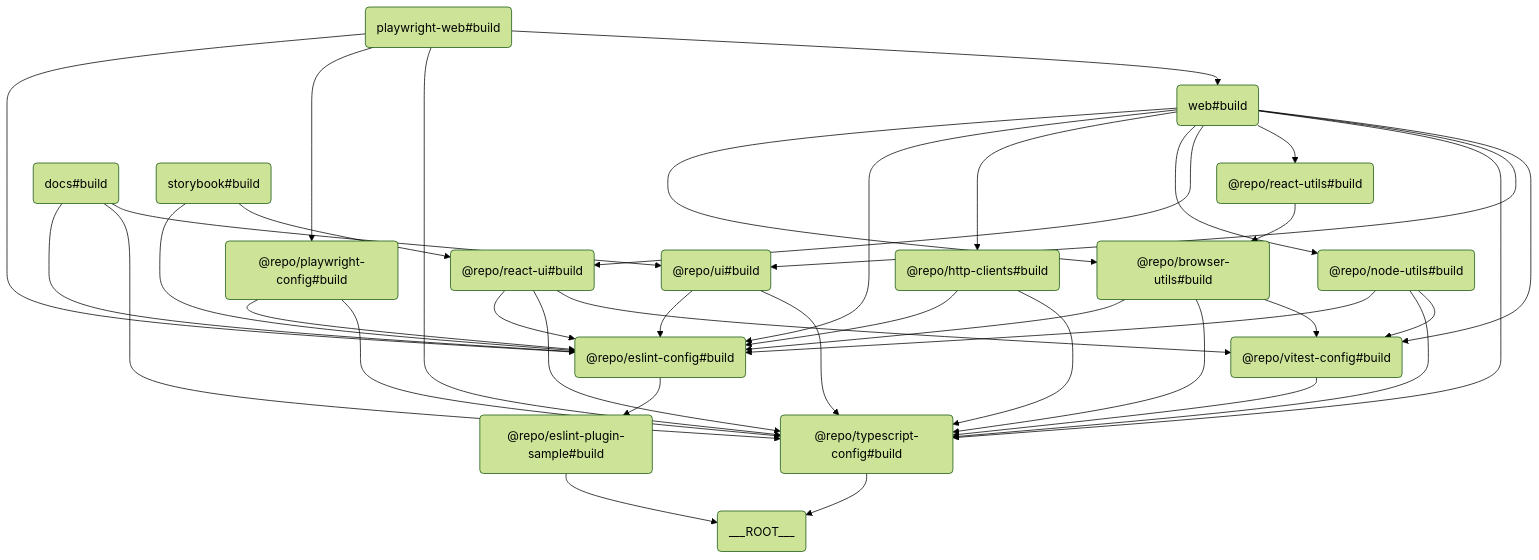
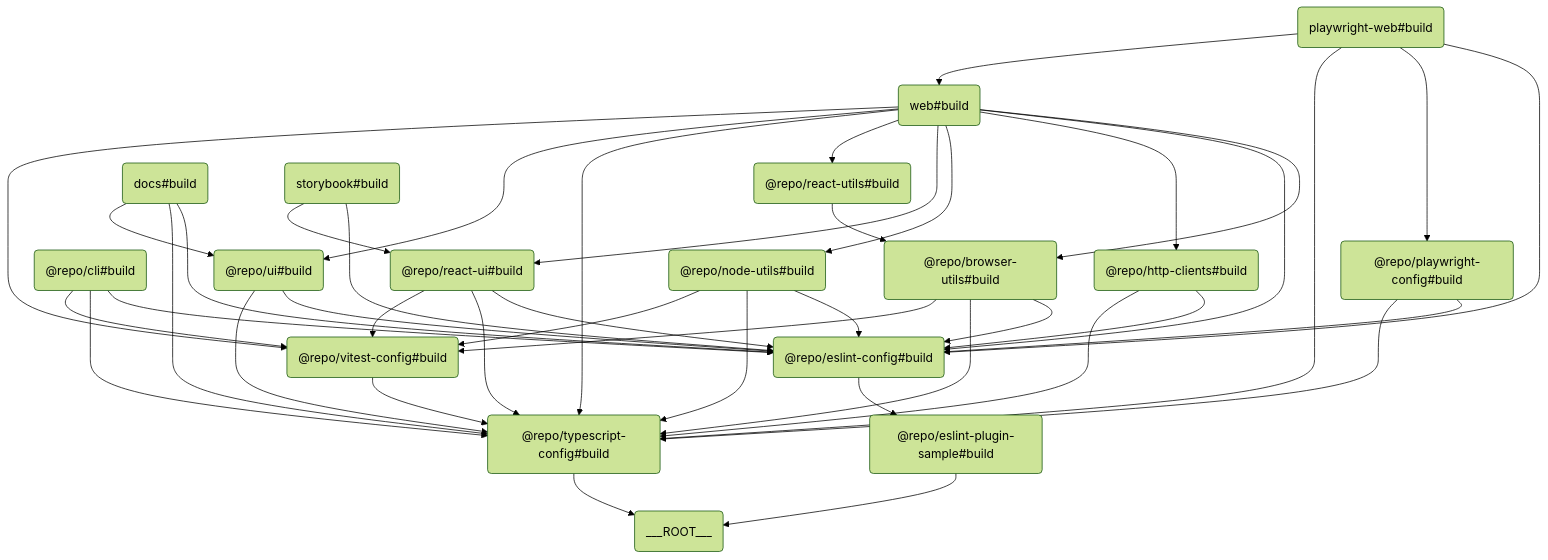
Before and after one commit to iamhoonse-dev/turborepo-template: the diagram in README.md, drawn with Mermaid (forest theme).

Commit message:
docs(readme): 프로젝트 루트 README 에서 구성 요소 간 관계도에 cli 도구 노드 추가

````diff
--- a/README.md
+++ b/README.md
@@ -38,41 +38,44 @@
 ```mermaid
 graph TD
-	QHZT("@repo/browser-utils#build") --> ETTT("@repo/eslint-config#build")
-	QHZT("@repo/browser-utils#build") --> JEGP("@repo/typescript-config#build")
-	QHZT("@repo/browser-utils#build") --> EMLE("@repo/vitest-config#build")
-	ETTT("@repo/eslint-config#build") --> LRHC("@repo/eslint-plugin-sample#build")
-	LRHC("@repo/eslint-plugin-sample#build") --> GLAO("___ROOT___")
-	VELR("@repo/http-clients#build") --> ETTT("@repo/eslint-config#build")
-	VELR("@repo/http-clients#build") --> JEGP("@repo/typescript-config#build")
-	TXWC("@repo/node-utils#build") --> ETTT("@repo/eslint-config#build")
-	TXWC("@repo/node-utils#build") --> JEGP("@repo/typescript-config#build")
-	TXWC("@repo/node-utils#build") --> EMLE("@repo/vitest-config#build")
-	WCIN("@repo/playwright-config#build") --> ETTT("@repo/eslint-config#build")
-	WCIN("@repo/playwright-config#build") --> JEGP("@repo/typescript-config#build")
-	TPBW("@repo/react-ui#build") --> ETTT("@repo/eslint-config#build")
-	TPBW("@repo/react-ui#build") --> JEGP("@repo/typescript-config#build")
-	TPBW("@repo/react-ui#build") --> EMLE("@repo/vitest-config#build")
-	BHWE("@repo/react-utils#build") --> QHZT("@repo/browser-utils#build")
-	JEGP("@repo/typescript-config#build") --> GLAO("___ROOT___")
-	MKNG("@repo/ui#build") --> ETTT("@repo/eslint-config#build")
-	MKNG("@repo/ui#build") --> JEGP("@repo/typescript-config#build")
-	EMLE("@repo/vitest-config#build") --> JEGP("@repo/typescript-config#build")
-	IRKD("docs#build") --> ETTT("@repo/eslint-config#build")
-	IRKD("docs#build") --> JEGP("@repo/typescript-config#build")
-	IRKD("docs#build") --> MKNG("@repo/ui#build")
-	UWBQ("playwright-web#build") --> ETTT("@repo/eslint-config#build")
-	UWBQ("playwright-web#build") --> WCIN("@repo/playwright-config#build")
-	UWBQ("playwright-web#build") --> JEGP("@repo/typescript-config#build")
-	UWBQ("playwright-web#build") --> FBWM("web#build")
-	NRTE("storybook#build") --> ETTT("@repo/eslint-config#build")
-	NRTE("storybook#build") --> TPBW("@repo/react-ui#build")
-	FBWM("web#build") --> QHZT("@repo/browser-utils#build")
-	FBWM("web#build") --> ETTT("@repo/eslint-config#build")
-	FBWM("web#build") --> VELR("@repo/http-clients#build")
-	FBWM("web#build") --> TXWC("@repo/node-utils#build")
-	FBWM("web#build") --> TPBW("@repo/react-ui#build")
-	FBWM("web#build") --> BHWE("@repo/react-utils#build")
-	FBWM("web#build") --> JEGP("@repo/typescript-config#build")
-	FBWM("web#build") --> MKNG("@repo/ui#build")
-	FBWM("web#build") --> EMLE("@repo/vitest-config#build")
+    QHZT("@repo/browser-utils#build") --> ETTT("@repo/eslint-config#build")
+    QHZT("@repo/browser-utils#build") --> JEGP("@repo/typescript-config#build")
+    QHZT("@repo/browser-utils#build") --> EMLE("@repo/vitest-config#build")
+    LRHC("@repo/cli#build") --> ETTT("@repo/eslint-config#build")
+    LRHC("@repo/cli#build") --> JEGP("@repo/typescript-config#build")
+    LRHC("@repo/cli#build") --> EMLE("@repo/vitest-config#build")
+    ETTT("@repo/eslint-config#build") --> GLAO("@repo/eslint-plugin-sample#build")
+    GLAO("@repo/eslint-plugin-sample#build") --> VELR("___ROOT___")
+    TXWC("@repo/http-clients#build") --> ETTT("@repo/eslint-config#build")
+    TXWC("@repo/http-clients#build") --> JEGP("@repo/typescript-config#build")
+    WCIN("@repo/node-utils#build") --> ETTT("@repo/eslint-config#build")
+    WCIN("@repo/node-utils#build") --> JEGP("@repo/typescript-config#build")
+    WCIN("@repo/node-utils#build") --> EMLE("@repo/vitest-config#build")
+    TPBW("@repo/playwright-config#build") --> ETTT("@repo/eslint-config#build")
+    TPBW("@repo/playwright-config#build") --> JEGP("@repo/typescript-config#build")
+    BHWE("@repo/react-ui#build") --> ETTT("@repo/eslint-config#build")
+    BHWE("@repo/react-ui#build") --> JEGP("@repo/typescript-config#build")
+    BHWE("@repo/react-ui#build") --> EMLE("@repo/vitest-config#build")
+    MKNG("@repo/react-utils#build") --> QHZT("@repo/browser-utils#build")
+    JEGP("@repo/typescript-config#build") --> VELR("___ROOT___")
+    IRKD("@repo/ui#build") --> ETTT("@repo/eslint-config#build")
+    IRKD("@repo/ui#build") --> JEGP("@repo/typescript-config#build")
+    EMLE("@repo/vitest-config#build") --> JEGP("@repo/typescript-config#build")
+    UWBQ("docs#build") --> ETTT("@repo/eslint-config#build")
+    UWBQ("docs#build") --> JEGP("@repo/typescript-config#build")
+    UWBQ("docs#build") --> IRKD("@repo/ui#build")
+    FBWM("playwright-web#build") --> ETTT("@repo/eslint-config#build")
+    FBWM("playwright-web#build") --> TPBW("@repo/playwright-config#build")
+    FBWM("playwright-web#build") --> JEGP("@repo/typescript-config#build")
+    FBWM("playwright-web#build") --> NRTE("web#build")
+    GVMR("storybook#build") --> ETTT("@repo/eslint-config#build")
+    GVMR("storybook#build") --> BHWE("@repo/react-ui#build")
+    NRTE("web#build") --> QHZT("@repo/browser-utils#build")
+    NRTE("web#build") --> ETTT("@repo/eslint-config#build")
+    NRTE("web#build") --> TXWC("@repo/http-clients#build")
+    NRTE("web#build") --> WCIN("@repo/node-utils#build")
+    NRTE("web#build") --> BHWE("@repo/react-ui#build")
+    NRTE("web#build") --> MKNG("@repo/react-utils#build")
+    NRTE("web#build") --> JEGP("@repo/typescript-config#build")
+    NRTE("web#build") --> IRKD("@repo/ui#build")
+    NRTE("web#build") --> EMLE("@repo/vitest-config#build")
 ```
````
